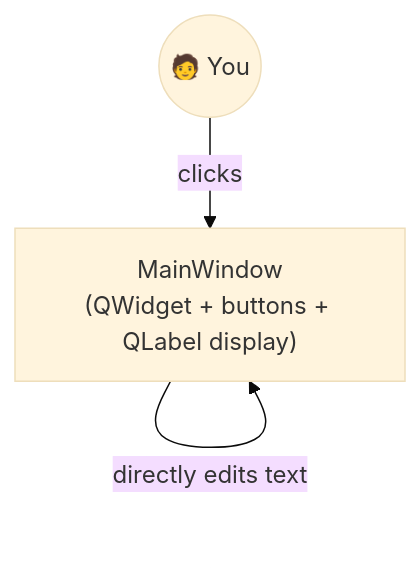
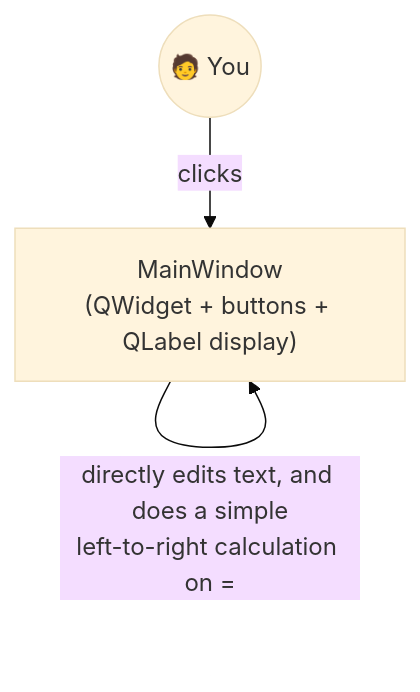
Before and after one commit to yogeshk04/CalculatorTutorial: the second of 3 diagrams in LEARNING_PLAN.md, drawn with Mermaid (base theme). The commit also changed other lines of this file and 2 other files, not shown here.

````diff
--- a/LEARNING_PLAN.md
+++ b/LEARNING_PLAN.md
@@ -173,6 +181,6 @@
 ```mermaid
 graph TD
     MainWindow["MainWindow\n(QWidget + buttons + QLabel display)"]
     User(("🧑 You")) -->|"clicks"| MainWindow
-    MainWindow -->|"directly edits text"| MainWindow
+    MainWindow -->|"directly edits text, and does a simple\nleft-to-right calculation on ="| MainWindow
 ```
````
